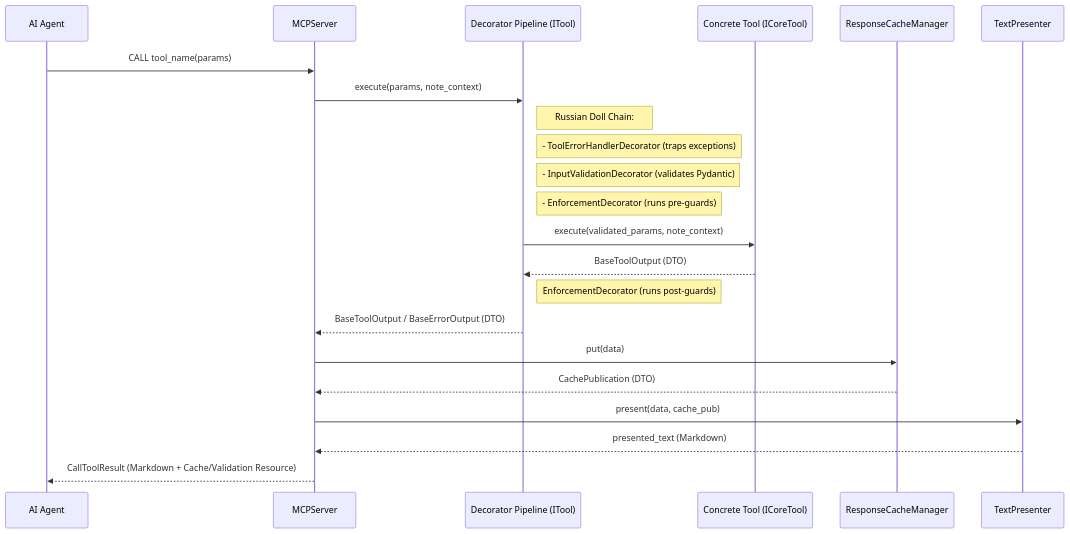
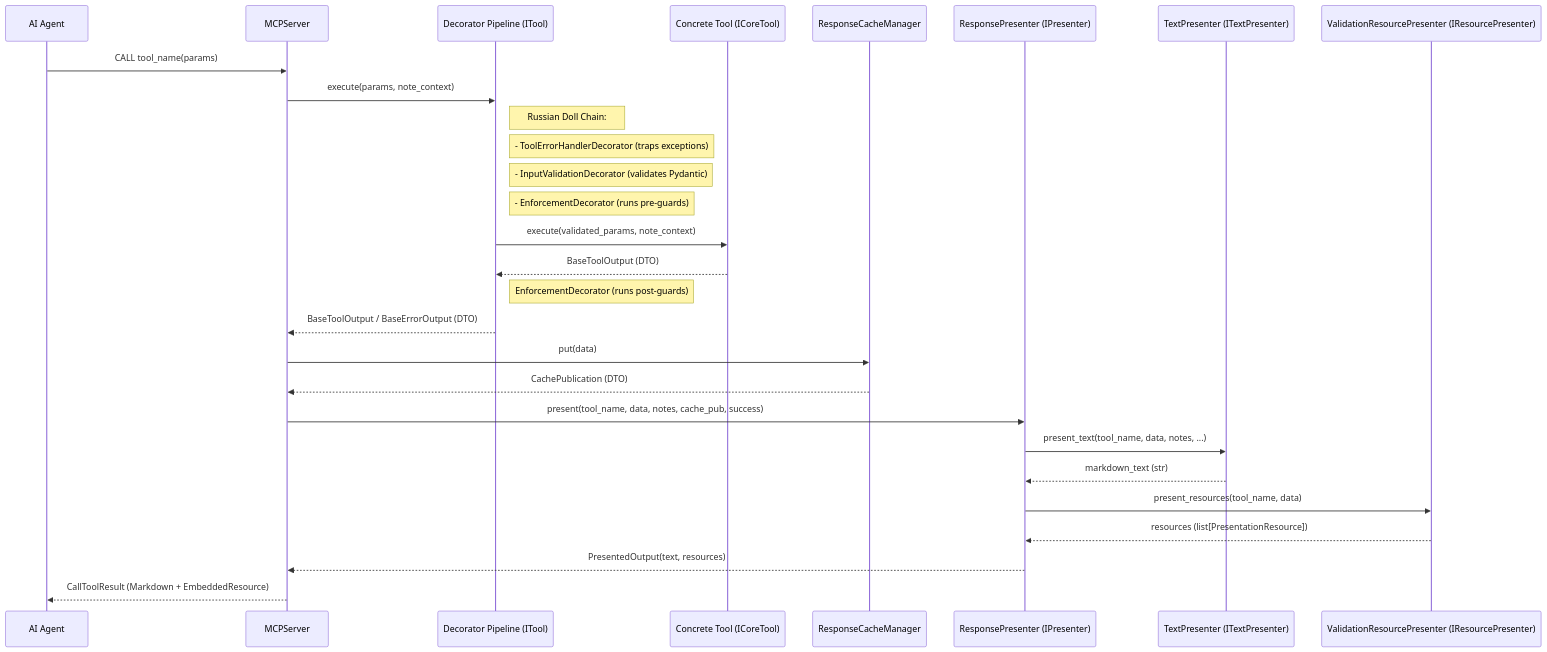
Before and after one commit to MikeyVK/S1mpleTraderV3: the fourth of 5 diagrams in docs/manuals/architecture.md, drawn with Mermaid. The commit also changed other lines of this file and 1 other file, not shown here.

Commit message:
docs(P_DOCUMENTATION): Resolve QA findings: fix test_bootstrap.py E402 imports, update architecture.md and DTO docs (#414) (#414)

````diff
--- a/docs/manuals/architecture.md
+++ b/docs/manuals/architecture.md
@@ -499,32 +503,38 @@
 ```mermaid
 sequenceDiagram
     participant Agent as AI Agent
     participant Server as MCPServer
     participant Pipeline as Decorator Pipeline (ITool)
     participant Tool as Concrete Tool (ICoreTool)
     participant Cache as ResponseCacheManager
-    participant Presenter as TextPresenter
+    participant Presenter as ResponsePresenter (IPresenter)
+    participant TextPres as TextPresenter (ITextPresenter)
+    participant ResPres as ValidationResourcePresenter (IResourcePresenter)
 
     Agent->>Server: CALL tool_name(params)
     Server->>Pipeline: execute(params, note_context)
     
     note right of Pipeline: Russian Doll Chain:
     note right of Pipeline: - ToolErrorHandlerDecorator (traps exceptions)
     note right of Pipeline: - InputValidationDecorator (validates Pydantic)
     note right of Pipeline: - EnforcementDecorator (runs pre-guards)
 
     Pipeline->>Tool: execute(validated_params, note_context)
     Tool-->>Pipeline: BaseToolOutput (DTO)
     
     note right of Pipeline: EnforcementDecorator (runs post-guards)
     
     Pipeline-->>Server: BaseToolOutput / BaseErrorOutput (DTO)
     
     Server->>Cache: put(data)
     Cache-->>Server: CachePublication (DTO)
     
-    Server->>Presenter: present(data, cache_pub)
-    Presenter-->>Server: presented_text (Markdown)
+    Server->>Presenter: present(tool_name, data, notes, cache_pub, success)
+    Presenter->>TextPres: present_text(tool_name, data, notes, ...)
+    TextPres-->>Presenter: markdown_text (str)
+    Presenter->>ResPres: present_resources(tool_name, data)
+    ResPres-->>Presenter: resources (list[PresentationResource])
+    Presenter-->>Server: PresentedOutput(text, resources)
     
-    Server-->>Agent: CallToolResult (Markdown + Cache/Validation Resource)
+    Server-->>Agent: CallToolResult (Markdown + EmbeddedResource)
 ```
````
